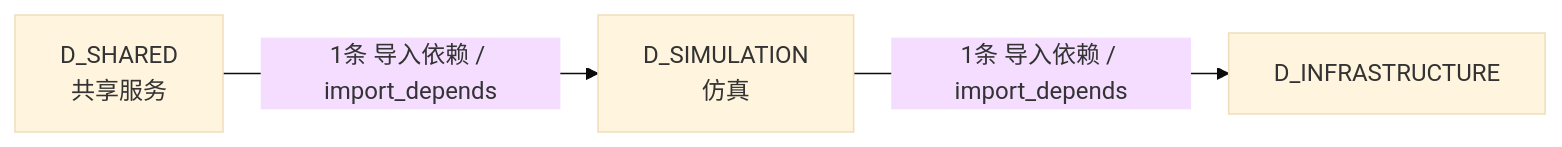
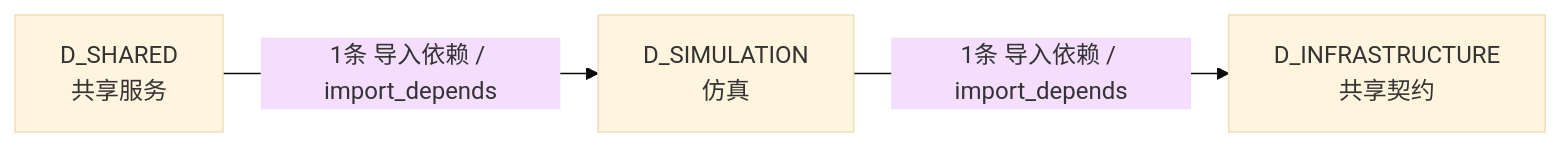
Before and after one commit to xuanFelixVan/ZephyrAlpha: the fourth of 4 diagrams in docs/02_enterprise_architecture/02_domain_architecture_docs/57_d_simulation.md, drawn with Mermaid (base theme). The commit also changed other lines of this file and 112 other files, not shown here.

````diff
--- a/docs/02_enterprise_architecture/02_domain_architecture_docs/57_d_simulation.md
+++ b/docs/02_enterprise_architecture/02_domain_architecture_docs/57_d_simulation.md
@@ -154,8 +154,8 @@
 ```mermaid
 graph LR
     D_SIMULATION["D_SIMULATION<br/>仿真"]
-    D_INFRASTRUCTURE["D_INFRASTRUCTURE"]
+    D_INFRASTRUCTURE["D_INFRASTRUCTURE<br/>共享契约"]
     D_SHARED["D_SHARED<br/>共享服务"]
     D_SIMULATION -->|1条 导入依赖 / import_depends| D_INFRASTRUCTURE
     D_SHARED -->|1条 导入依赖 / import_depends| D_SIMULATION
 ```
````
